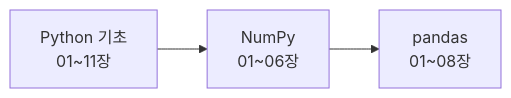
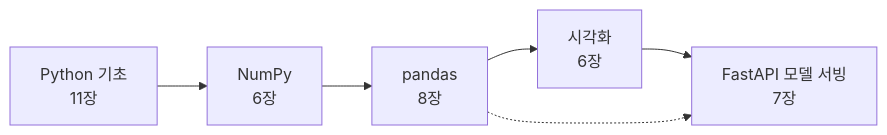
Before and after one commit to sinaboro/ai-service-course: the diagram in README.md, drawn with Mermaid. The commit also changed other lines of this file and 234 other files, not shown here.

First line of the commit message:
시각화(matplotlib·seaborn) 6장, FastAPI 모델 서빙 7장 추가

````diff
--- a/README.md
+++ b/README.md
@@ -17,4 +19,5 @@
 ```mermaid
 flowchart LR
-  P["Python 기초<br/>01~11장"] --> N["NumPy<br/>01~06장"] --> D["pandas<br/>01~08장"]
+  P["Python 기초<br/>11장"] --> N["NumPy<br/>6장"] --> D["pandas<br/>8장"] --> V["시각화<br/>6장"] --> F["FastAPI 모델 서빙<br/>7장"]
+  D -.-> F
 ```
````
